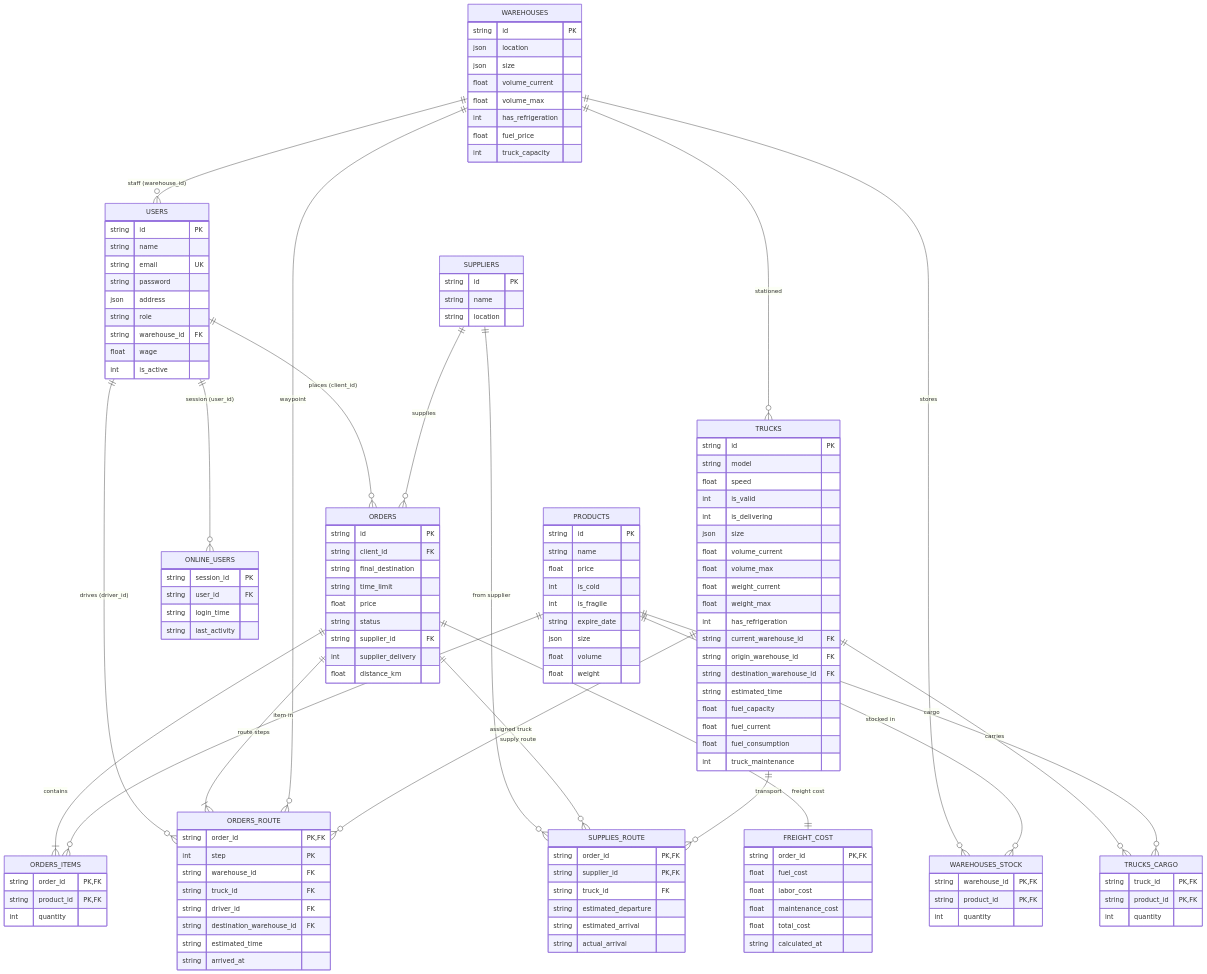
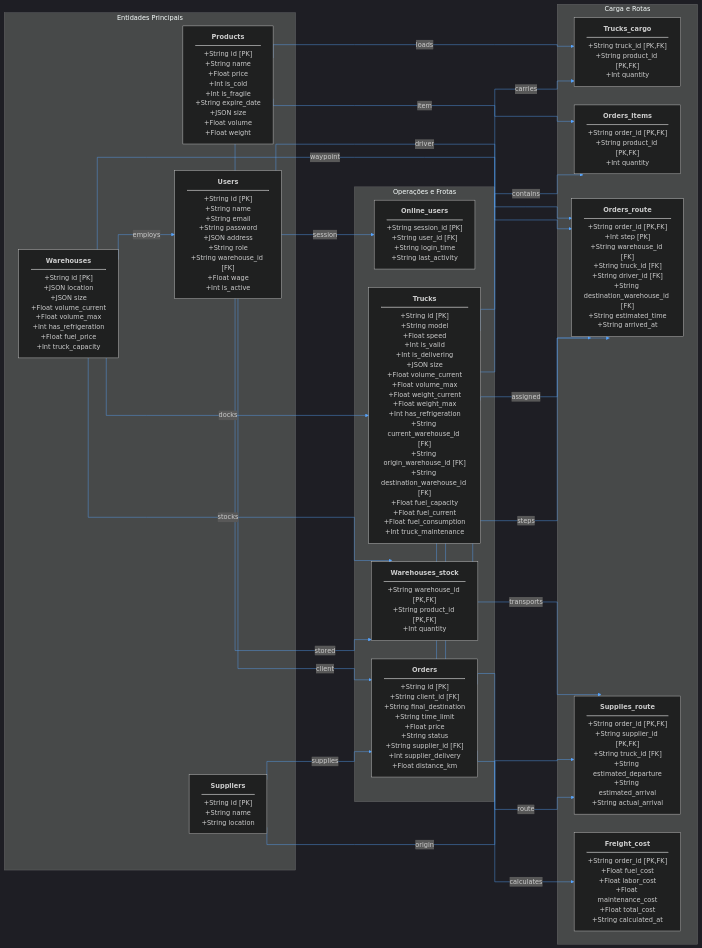
One commit to Bruno-Grosso/Simple-Logistic-System changed the diagram in back/db/UML/scheme.md. Above: the diagram before and after it, drawn with Mermaid. The commit also changed other lines of this file, not shown here.

````diff
--- a/back/db/UML/scheme.md
+++ b/back/db/UML/scheme.md
@@ -19,157 +5,62 @@
 ```mermaid
-erDiagram
-    USERS ||--o{ ORDERS : "places (client_id)"
-    USERS ||--o{ ONLINE_USERS : "session (user_id)"
-    USERS ||--o{ ORDERS_ROUTE : "drives (driver_id)"
-    WAREHOUSES ||--o{ USERS : "staff (warehouse_id)"
-    
-    WAREHOUSES ||--o{ WAREHOUSES_STOCK : "stores"
-    PRODUCTS ||--o{ WAREHOUSES_STOCK : "stocked in"
-    
-    ORDERS ||--|{ ORDERS_ITEMS : "contains"
-    PRODUCTS ||--o{ ORDERS_ITEMS : "item in"
-    
-    TRUCKS ||--o{ TRUCKS_CARGO : "carries"
-    PRODUCTS ||--o{ TRUCKS_CARGO : "cargo"
-    
-    ORDERS ||--|{ ORDERS_ROUTE : "route steps"
-    WAREHOUSES ||--o{ ORDERS_ROUTE : "waypoint"
-    TRUCKS ||--o{ ORDERS_ROUTE : "assigned truck"
-    
-    SUPPLIERS ||--o{ ORDERS : "supplies"
-    SUPPLIERS ||--o{ SUPPLIES_ROUTE : "from supplier"
-    ORDERS ||--o{ SUPPLIES_ROUTE : "supply route"
-    TRUCKS ||--o{ SUPPLIES_ROUTE : "transport"
-    
-    WAREHOUSES ||--o{ TRUCKS : "stationed"
-    ORDERS ||--|| FREIGHT_COST : "freight cost"
+%%{init: {
+  'theme': 'dark',
+  'flowchart': {
+    'curve': 'stepBefore',
+    'nodeSpacing': 45,
+    'rankSpacing': 70
+  },
+  'themeVariables': {
+    'darkMode': true,
+    'background': '#0d1117',
+    'primaryColor': '#161b22',
+    'primaryTextColor': '#e6edf3',
+    'primaryBorderColor': '#30363d',
+    'lineColor': '#58a6ff'
+  }
+}}%%
+flowchart LR
 
-    USERS {
-        string id PK
-        string name
-        string email UK
-        string password
-        json address
-        string role
-        string warehouse_id FK
-        float wage
-        int is_active
-    }
+    subgraph Core ["Entidades Principais"]
+        USERS["<b>Users</b><hr/>+String id [PK]<br/>+String name<br/>+String email<br/>+String password<br/>+JSON address<br/>+String role<br/>+String warehouse_id [FK]<br/>+Float wage<br/>+Int is_active"]
+        PRODUCTS["<b>Products</b><hr/>+String id [PK]<br/>+String name<br/>+Float price<br/>+Int is_cold<br/>+Int is_fragile<br/>+String expire_date<br/>+JSON size<br/>+Float volume<br/>+Float weight"]
+        WAREHOUSES["<b>Warehouses</b><hr/>+String id [PK]<br/>+JSON location<br/>+JSON size<br/>+Float volume_current<br/>+Float volume_max<br/>+Int has_refrigeration<br/>+Float fuel_price<br/>+Int truck_capacity"]
+        SUPPLIERS["<b>Suppliers</b><hr/>+String id [PK]<br/>+String name<br/>+String location"]
+    end
 
-    ONLINE_USERS {
-        string session_id PK
-        string user_id FK
-        string login_time
-        string last_activity
-    }
+    subgraph Operations ["Operações e Frotas"]
+        ONLINE_USERS["<b>Online_users</b><hr/>+String session_id [PK]<br/>+String user_id [FK]<br/>+String login_time<br/>+String last_activity"]
+        TRUCKS["<b>Trucks</b><hr/>+String id [PK]<br/>+String model<br/>+Float speed<br/>+Int is_valid<br/>+Int is_delivering<br/>+JSON size<br/>+Float volume_current<br/>+Float volume_max<br/>+Float weight_current<br/>+Float weight_max<br/>+Int has_refrigeration<br/>+String current_warehouse_id [FK]<br/>+String origin_warehouse_id [FK]<br/>+String destination_warehouse_id [FK]<br/>+Float fuel_capacity<br/>+Float fuel_current<br/>+Float fuel_consumption<br/>+Int truck_maintenance"]
+        WAREHOUSES_STOCK["<b>Warehouses_stock</b><hr/>+String warehouse_id [PK,FK]<br/>+String product_id [PK,FK]<br/>+Int quantity"]
+        ORDERS["<b>Orders</b><hr/>+String id [PK]<br/>+String client_id [FK]<br/>+String final_destination<br/>+String time_limit<br/>+Float price<br/>+String status<br/>+String supplier_id [FK]<br/>+Int supplier_delivery<br/>+Float distance_km"]
+    end
 
-    PRODUCTS {
-        string id PK
-        string name
-        float price
-        int is_cold
-        int is_fragile
-        string expire_date
-        json size
-        float volume
-        float weight
-    }
+    subgraph Logistics ["Carga e Rotas"]
+        TRUCKS_CARGO["<b>Trucks_cargo</b><hr/>+String truck_id [PK,FK]<br/>+String product_id [PK,FK]<br/>+Int quantity"]
+        ORDERS_ITEMS["<b>Orders_items</b><hr/>+String order_id [PK,FK]<br/>+String product_id [PK,FK]<br/>+Int quantity"]
+        ORDERS_ROUTE["<b>Orders_route</b><hr/>+String order_id [PK,FK]<br/>+Int step [PK]<br/>+String warehouse_id [FK]<br/>+String truck_id [FK]<br/>+String driver_id [FK]<br/>+String destination_warehouse_id [FK]<br/>+String estimated_time<br/>+String arrived_at"]
+        SUPPLIES_ROUTE["<b>Supplies_route</b><hr/>+String order_id [PK,FK]<br/>+String supplier_id [PK,FK]<br/>+String truck_id [FK]<br/>+String estimated_departure<br/>+String estimated_arrival<br/>+String actual_arrival"]
+        FREIGHT_COST["<b>Freight_cost</b><hr/>+String order_id [PK,FK]<br/>+Float fuel_cost<br/>+Float labor_cost<br/>+Float maintenance_cost<br/>+Float total_cost<br/>+String calculated_at"]
+    end
 
-    WAREHOUSES {
-        string id PK
-        json location
-        json size
-        float volume_current
-        float volume_max
-        int has_refrigeration
-        float fuel_price
-        int truck_capacity
-    }
-
-    WAREHOUSES_STOCK {
-        string warehouse_id PK,FK
-        string product_id PK,FK
-        int quantity
-    }
-
-    TRUCKS {
-        string id PK
-        string model
-        float speed
-        int is_valid
-        int is_delivering
-        json size
-        float volume_current
-        float volume_max
-        float weight_current
-        float weight_max
-        int has_refrigeration
-        string current_warehouse_id FK
-        string origin_warehouse_id FK
-        string destination_warehouse_id FK
-        string estimated_time
-        float fuel_capacity
-        float fuel_current
-        float fuel_consumption
-        int truck_maintenance
-    }
-
-    TRUCKS_CARGO {
-        string truck_id PK,FK
-        string product_id PK,FK
-        int quantity
-    }
-
-    ORDERS {
-        string id PK
-        string client_id FK
-        string final_destination
-        string time_limit
-        float price
-        string status
-        string supplier_id FK
-        int supplier_delivery
-        float distance_km
-    }
-
-    ORDERS_ITEMS {
-        string order_id PK,FK
-        string product_id PK,FK
-        int quantity
-    }
-
-    ORDERS_ROUTE {
-        string order_id PK,FK
-        int step PK
-        string warehouse_id FK
-        string truck_id FK
-        string driver_id FK
-        string destination_warehouse_id FK
-        string estimated_time
-        string arrived_at
-    }
-
-    SUPPLIERS {
-        string id PK
-        string name
-        string location
-    }
-
-    SUPPLIES_ROUTE {
-        string order_id PK,FK
-        string supplier_id PK,FK
-        string truck_id FK
-        string estimated_departure
-        string estimated_arrival
-        string actual_arrival
-    }
-
-    FREIGHT_COST {
-        string order_id PK,FK
-        float fuel_cost
-        float labor_cost
-        float maintenance_cost
-        float total_cost
-        string calculated_at
-    }
+    %% Relacionamentos com conexões ortogonais (90 graus)
+    USERS -->|session| ONLINE_USERS
+    USERS -->|client| ORDERS
+    USERS -->|driver| ORDERS_ROUTE
+    WAREHOUSES -->|employs| USERS
+    WAREHOUSES -->|stocks| WAREHOUSES_STOCK
+    WAREHOUSES -->|docks| TRUCKS
+    WAREHOUSES -->|waypoint| ORDERS_ROUTE
+    PRODUCTS -->|stored| WAREHOUSES_STOCK
+    PRODUCTS -->|item| ORDERS_ITEMS
+    PRODUCTS -->|loads| TRUCKS_CARGO
+    TRUCKS -->|carries| TRUCKS_CARGO
+    TRUCKS -->|assigned| ORDERS_ROUTE
+    TRUCKS -->|transports| SUPPLIES_ROUTE
+    SUPPLIERS -->|supplies| ORDERS
+    SUPPLIERS -->|origin| SUPPLIES_ROUTE
+    ORDERS -->|contains| ORDERS_ITEMS
+    ORDERS -->|steps| ORDERS_ROUTE
+    ORDERS -->|route| SUPPLIES_ROUTE
+    ORDERS -->|calculates| FREIGHT_COST
 ```
````
